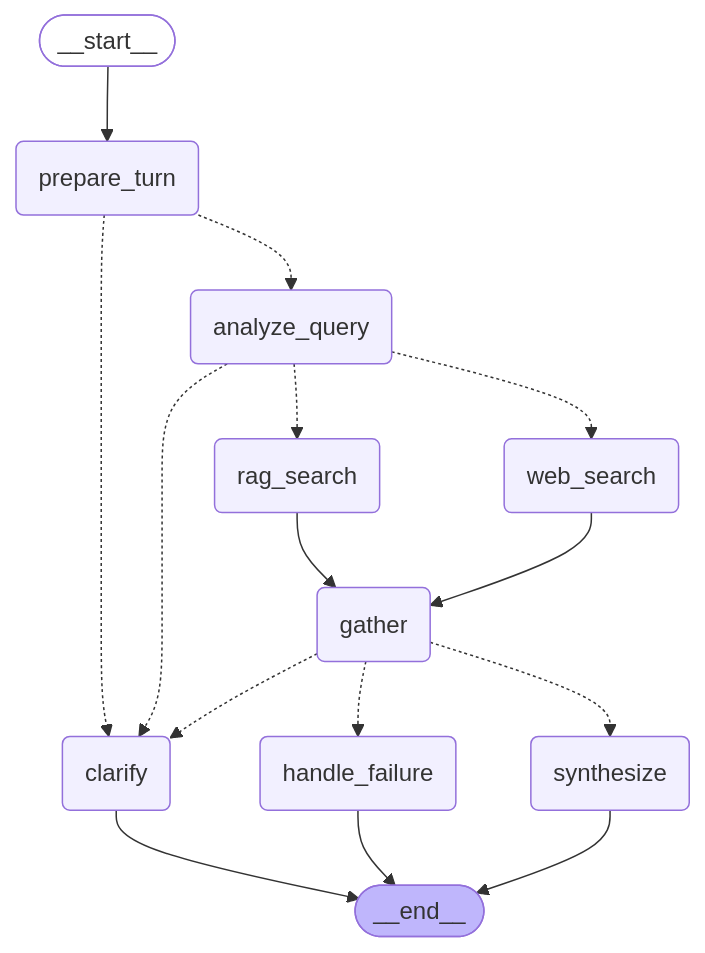
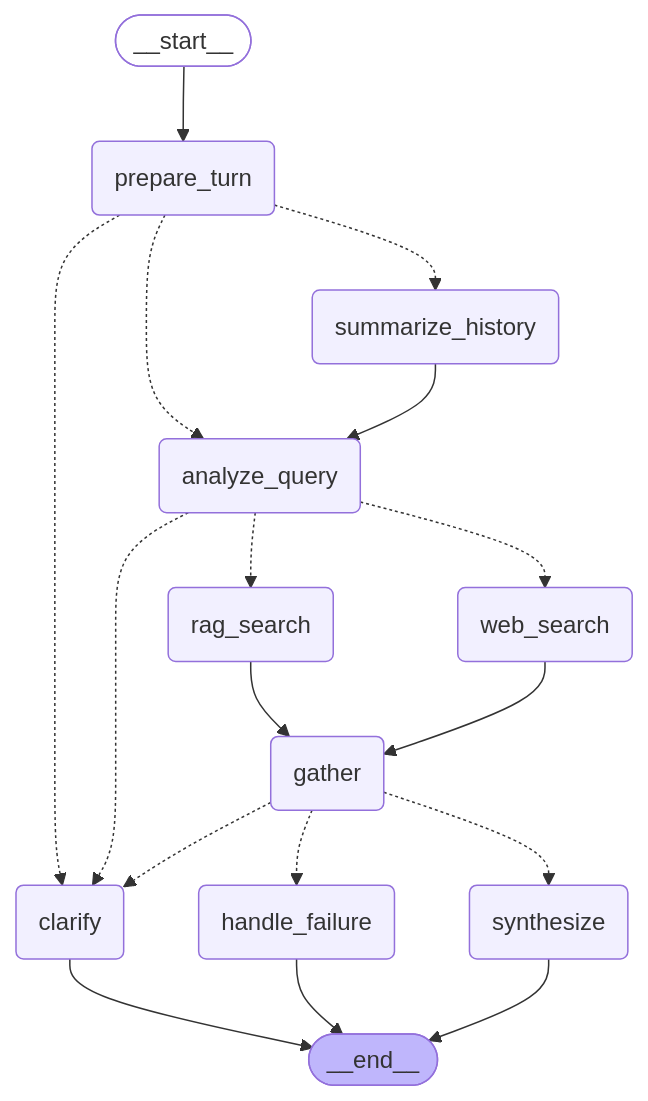
One commit to FarisHambo-Node/Provectus-Task changed the diagram in README.md. Above: the diagram before and after it, drawn with Mermaid. The commit also changed other lines of this file and 3 other files, not shown here.

````diff
--- a/README.md
+++ b/README.md
@@ -105,30 +138,33 @@
 ```mermaid
 graph TD;
 	__start__([__start__]):::first
 	prepare_turn(prepare_turn)
+	summarize_history(summarize_history)
 	analyze_query(analyze_query)
 	rag_search(rag_search)
 	web_search(web_search)
 	gather(gather)
 	synthesize(synthesize)
 	clarify(clarify)
 	handle_failure(handle_failure)
 	__end__([__end__]):::last
 	__start__ --> prepare_turn;
+	prepare_turn -.-> summarize_history;
 	prepare_turn -.-> analyze_query;
 	prepare_turn -.-> clarify;
+	summarize_history --> analyze_query;
 	analyze_query -.-> rag_search;
 	analyze_query -.-> web_search;
 	analyze_query -.-> clarify;
 	rag_search --> gather;
 	web_search --> gather;
 	gather -.-> synthesize;
 	gather -.-> handle_failure;
 	gather -.-> clarify;
 	clarify --> __end__;
 	handle_failure --> __end__;
 	synthesize --> __end__;
 	classDef default fill:#f2f0ff,line-height:1.2
 	classDef first fill-opacity:0
 	classDef last fill:#bfb6fc
 ```
````
